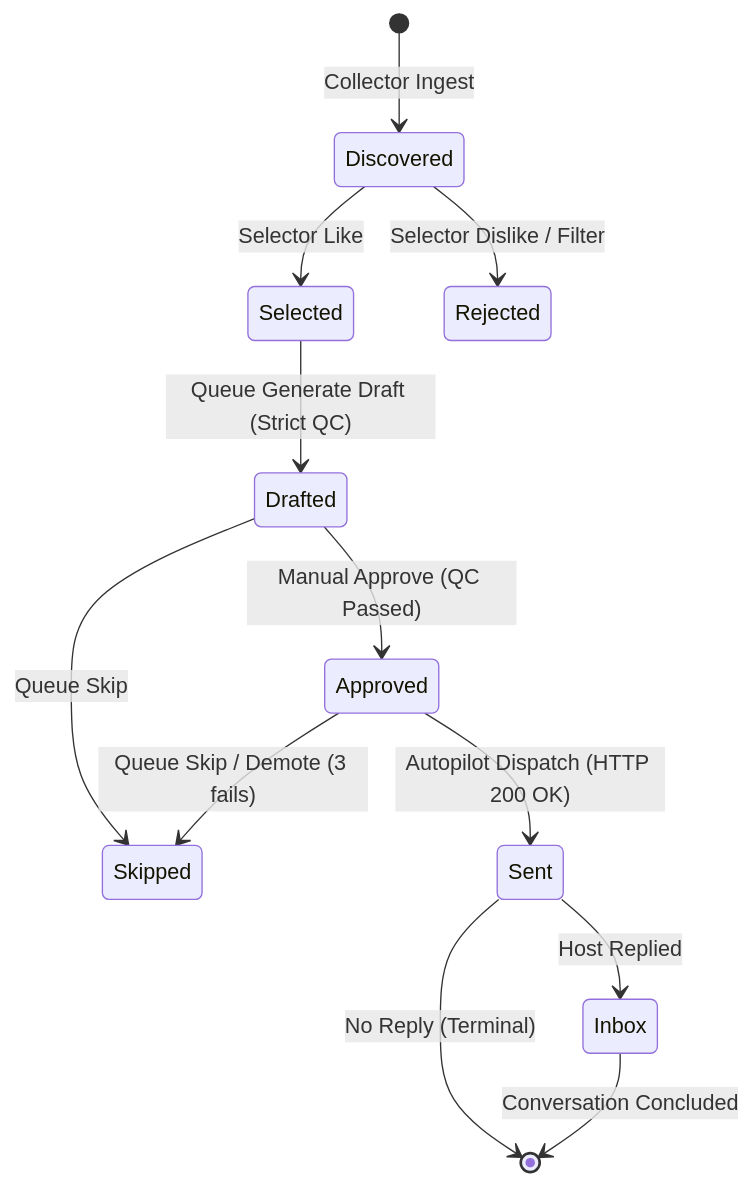
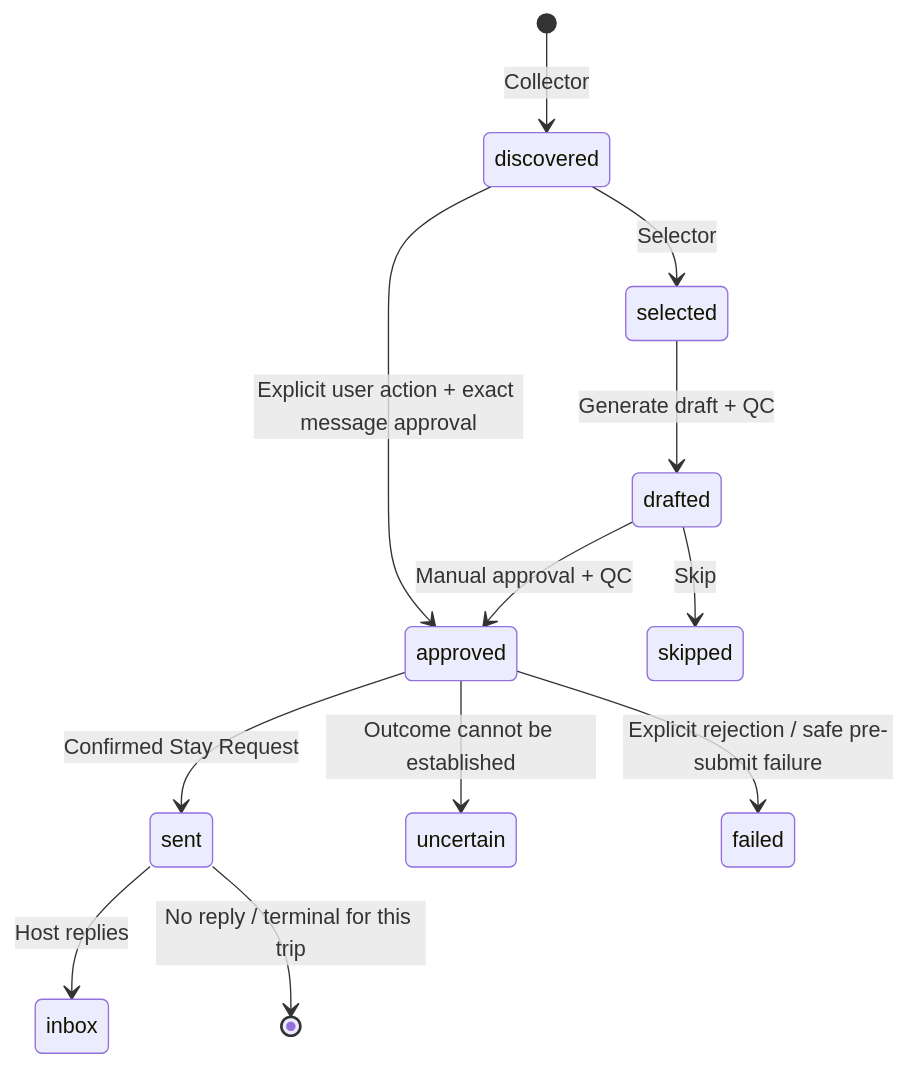
One commit to Zergan84/cs-parsing changed the diagram in docs/ARCHITECTURE.md. Above: the diagram before and after it, drawn with Mermaid. The commit also changed other lines of this file and 59 other files, not shown here.

Commit message:
feat: consolidate DDD queue and safe autopilot flow

````diff
--- a/docs/ARCHITECTURE.md
+++ b/docs/ARCHITECTURE.md
@@ -91,14 +78,14 @@
 ```mermaid
 stateDiagram-v2
-    [*] --> Discovered: Collector Ingest
-    Discovered --> Selected: Selector Like
-    Discovered --> Rejected: Selector Dislike / Filter
-    Selected --> Drafted: Queue Generate Draft (Strict QC)
-    Drafted --> Approved: Manual Approve (QC Passed)
-    Drafted --> Skipped: Queue Skip
-    Approved --> Sent: Autopilot Dispatch (HTTP 200 OK)
-    Approved --> Skipped: Queue Skip / Demote (3 fails)
-    Sent --> Inbox: Host Replied
-    Sent --> [*]: No Reply (Terminal)
-    Inbox --> [*]: Conversation Concluded
+    [*] --> discovered: Collector
+    discovered --> selected: Selector
+    discovered --> approved: Explicit user action + exact message approval
+    selected --> drafted: Generate draft + QC
+    drafted --> approved: Manual approval + QC
+    drafted --> skipped: Skip
+    approved --> sent: Confirmed Stay Request
+    approved --> uncertain: Outcome cannot be established
+    approved --> failed: Explicit rejection / safe pre-submit failure
+    sent --> inbox: Host replies
+    sent --> [*]: No reply / terminal for this trip
 ```
````
